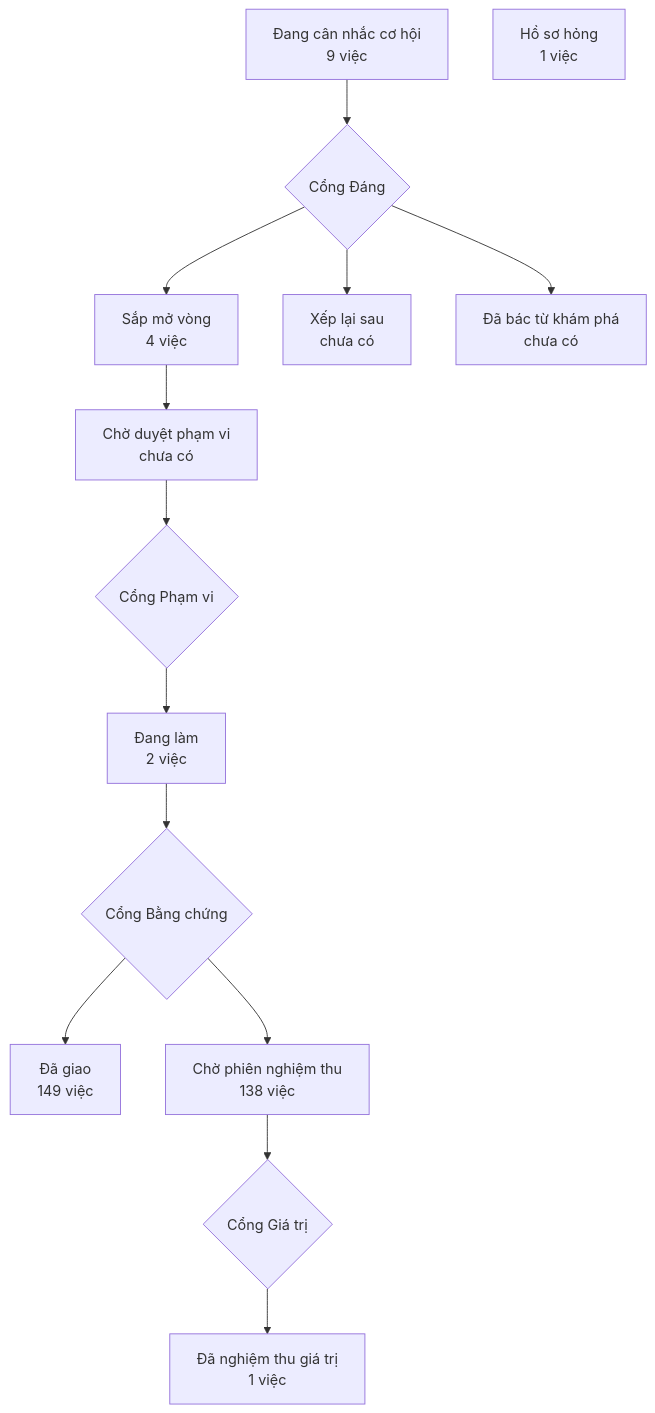
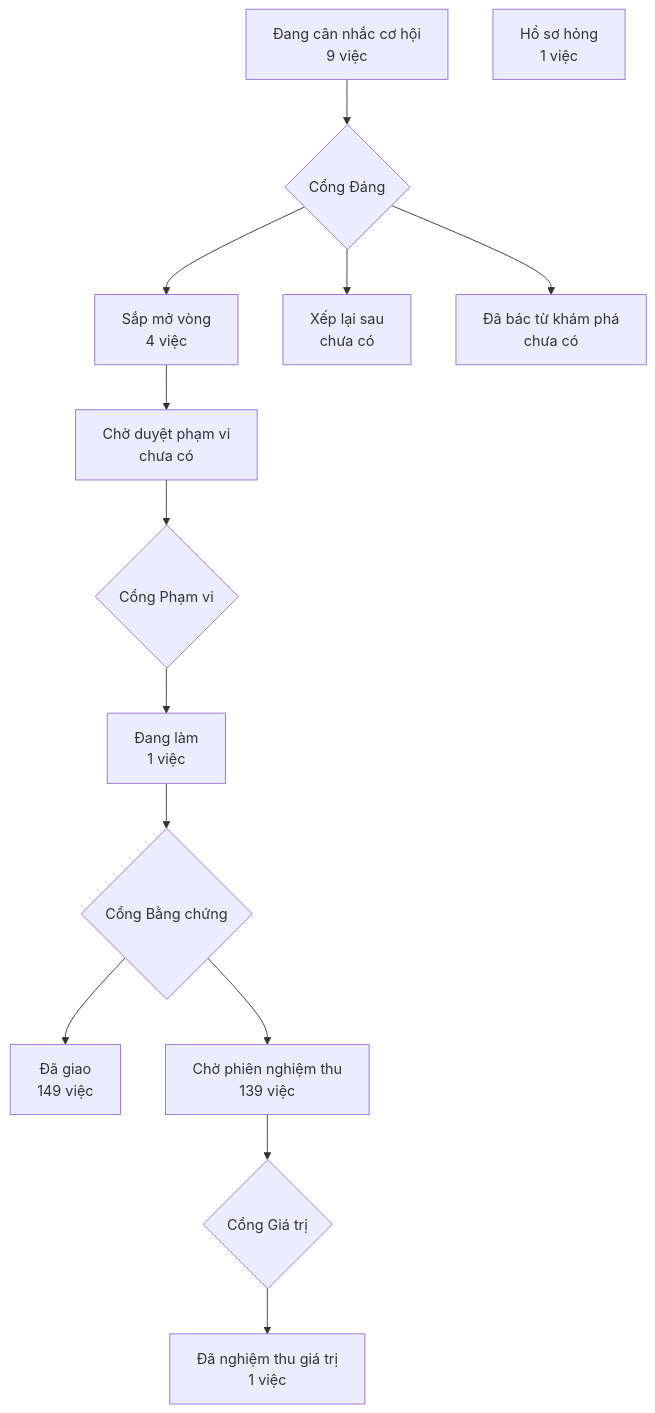
Before and after one commit to phanlemanh/crm-onehub: the diagram in PRODUCT-MAP.md, drawn with Mermaid. The commit also changed 4 other files, not shown here.

First line of the commit message:
Cổng Bằng chứng lo-trinh-hien-ngay-du-kien: ký — Manh Phan

````diff
--- a/PRODUCT-MAP.md
+++ b/PRODUCT-MAP.md
@@ -7,13 +7,13 @@
 ```mermaid
 flowchart TD
   A["Đang cân nhắc cơ hội<br/>9 việc"] --> GD{"Cổng Đáng"}
   GD --> B["Sắp mở vòng<br/>4 việc"]
   GD --> XL["Xếp lại sau<br/>chưa có"]
   GD --> DB["Đã bác từ khám phá<br/>chưa có"]
   B --> CD["Chờ duyệt phạm vi<br/>chưa có"] --> GP{"Cổng Phạm vi"}
-  GP --> DL["Đang làm<br/>2 việc"] --> GB{"Cổng Bằng chứng"}
+  GP --> DL["Đang làm<br/>1 việc"] --> GB{"Cổng Bằng chứng"}
   GB --> DG["Đã giao<br/>149 việc"]
-  GB --> CN["Chờ phiên nghiệm thu<br/>138 việc"] --> GG{"Cổng Giá trị"}
+  GB --> CN["Chờ phiên nghiệm thu<br/>139 việc"] --> GG{"Cổng Giá trị"}
   GG --> NT["Đã nghiệm thu giá trị<br/>1 việc"]
   HS["Hồ sơ hỏng<br/>1 việc"]
 ```
````
